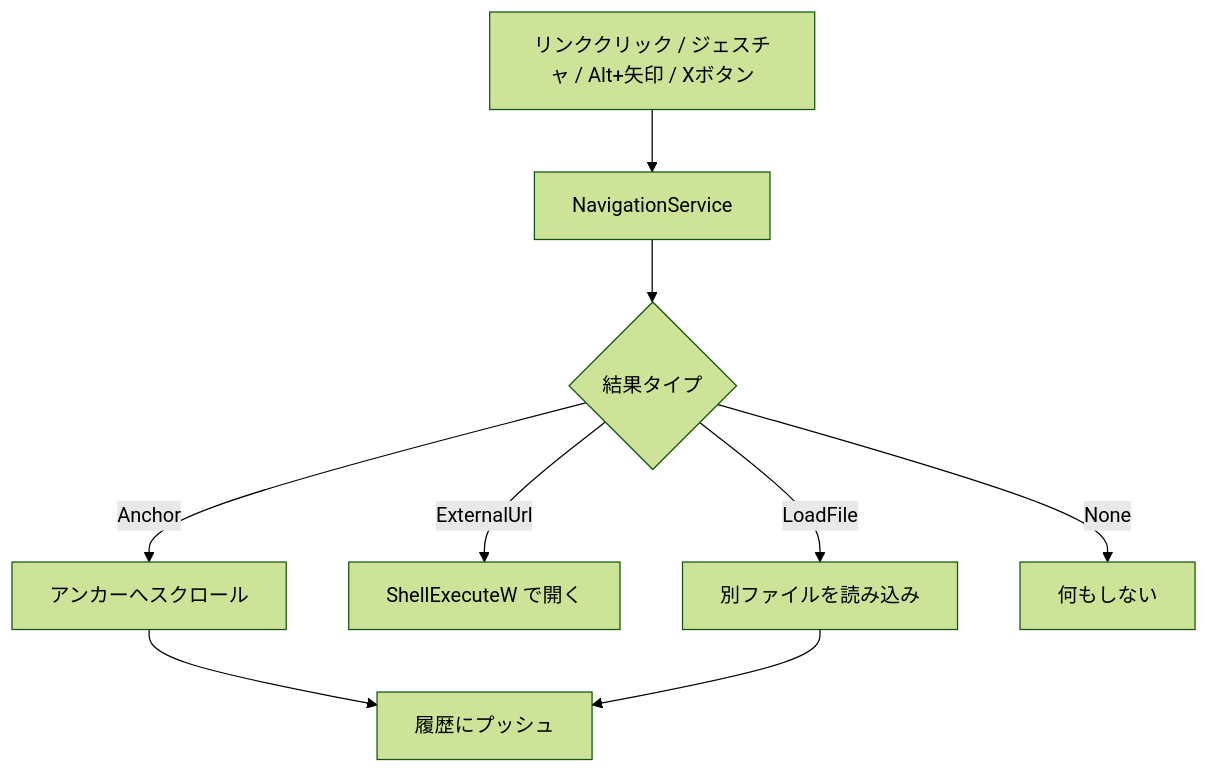
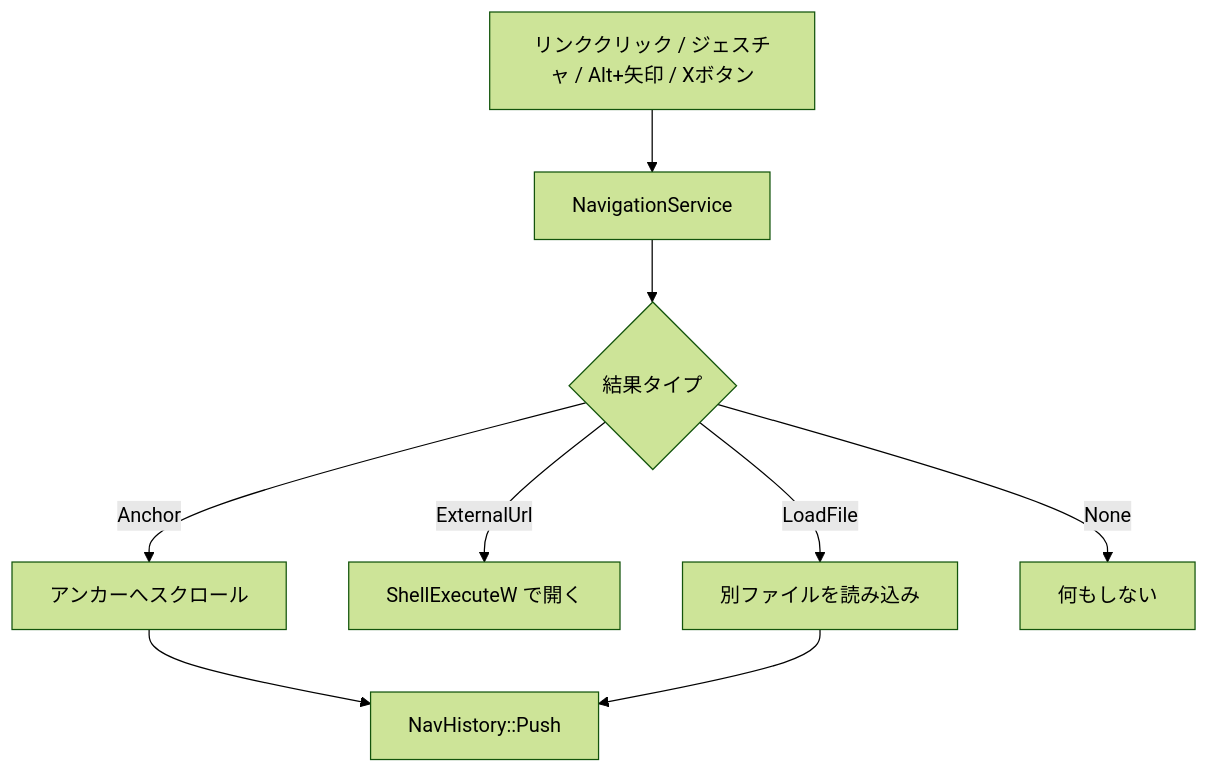
Diagram 12 of 27 in example/test.md (tanaton/mendo), drawn with Mermaid (forest theme) before and after one commit. The commit also changed other lines of this file, not shown here.

````diff
--- a/example/test.md
+++ b/example/test.md
@@ -1083,12 +1235,12 @@
 ```mermaid
 flowchart TD
     TRIGGER[リンククリック / ジェスチャ / Alt+矢印 / Xボタン]
     TRIGGER --> NS[NavigationService]
     NS --> TYPE{結果タイプ}
     TYPE -->|Anchor| SCROLL[アンカーへスクロール]
     TYPE -->|ExternalUrl| SHELL[ShellExecuteW で開く]
     TYPE -->|LoadFile| LOAD[別ファイルを読み込み]
     TYPE -->|None| NOP[何もしない]
-    SCROLL --> PUSH[履歴にプッシュ]
+    SCROLL --> PUSH[NavHistory::Push]
     LOAD --> PUSH
 ```
````
